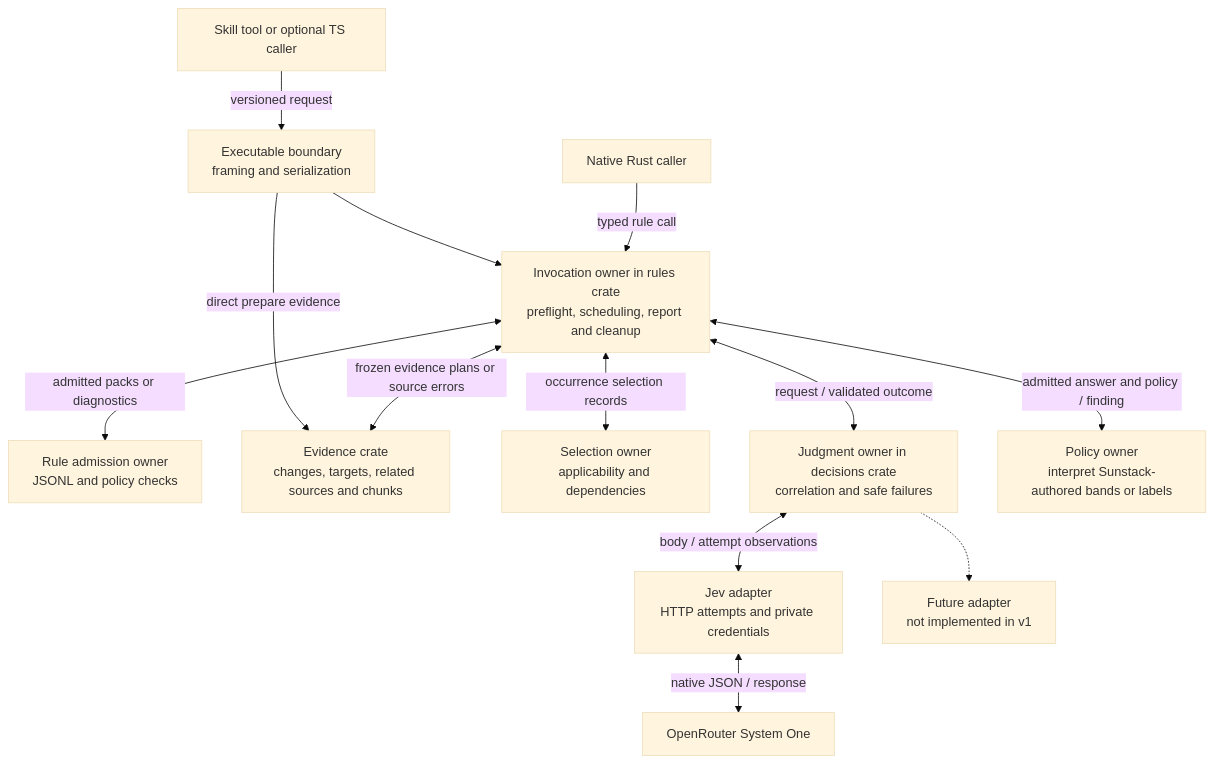
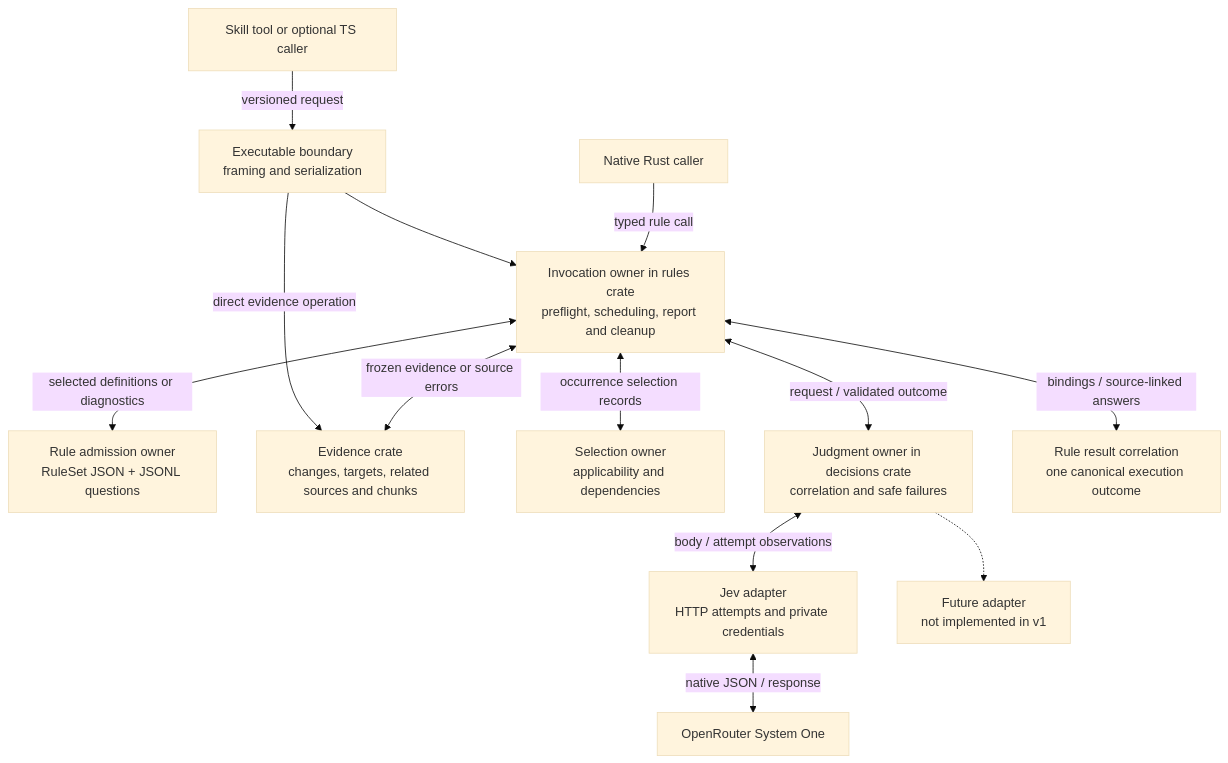
One commit to ShravanSunder/sunstack-tools changed the diagram in docs/specs/2026-10-12-rust-rule-engine/assets/program-components.mmd. Above: the diagram before and after it, drawn with Mermaid (base theme). The commit also changed 32 other files, not shown here.

Commit message:
docs: define RuleSet schemas and reusable JSONL rules

```diff
--- a/docs/specs/2026-10-12-rust-rule-engine/assets/program-components.mmd
+++ b/docs/specs/2026-10-12-rust-rule-engine/assets/program-components.mmd
@@ -1,13 +1,13 @@
 flowchart TB
   N["Native Rust caller"] -->|"typed rule call"| O["Invocation owner in rules crate<br/>preflight, scheduling, report and cleanup"]
   P["Skill tool or optional TS caller"] -->|"versioned request"| C["Executable boundary<br/>framing and serialization"]
   C --> O
-  O <-->|"admitted packs or diagnostics"| R["Rule admission owner<br/>JSONL and policy checks"]
-  O <-->|"frozen evidence plans or source errors"| E["Evidence crate<br/>changes, targets, related sources and chunks"]
-  C -->|"direct prepare evidence"| E
+  O <-->|"selected definitions or diagnostics"| R["Rule admission owner<br/>RuleSet JSON + JSONL questions"]
+  O <-->|"frozen evidence or source errors"| E["Evidence crate<br/>changes, targets, related sources and chunks"]
+  C -->|"direct evidence operation"| E
   O <-->|"occurrence selection records"| F["Selection owner<br/>applicability and dependencies"]
   O <-->|"request / validated outcome"| J["Judgment owner in decisions crate<br/>correlation and safe failures"]
   J <-->|"body / attempt observations"| B["Jev adapter<br/>HTTP attempts and private credentials"]
   B <-->|"native JSON / response"| X["OpenRouter System One"]
-  O <-->|"admitted answer and policy / finding"| V["Policy owner<br/>interpret Sunstack-authored bands or labels"]
+  O <-->|"bindings / source-linked answers"| V["Rule result correlation<br/>one canonical execution outcome"]
   J -.-> A["Future adapter<br/>not implemented in v1"]
```
